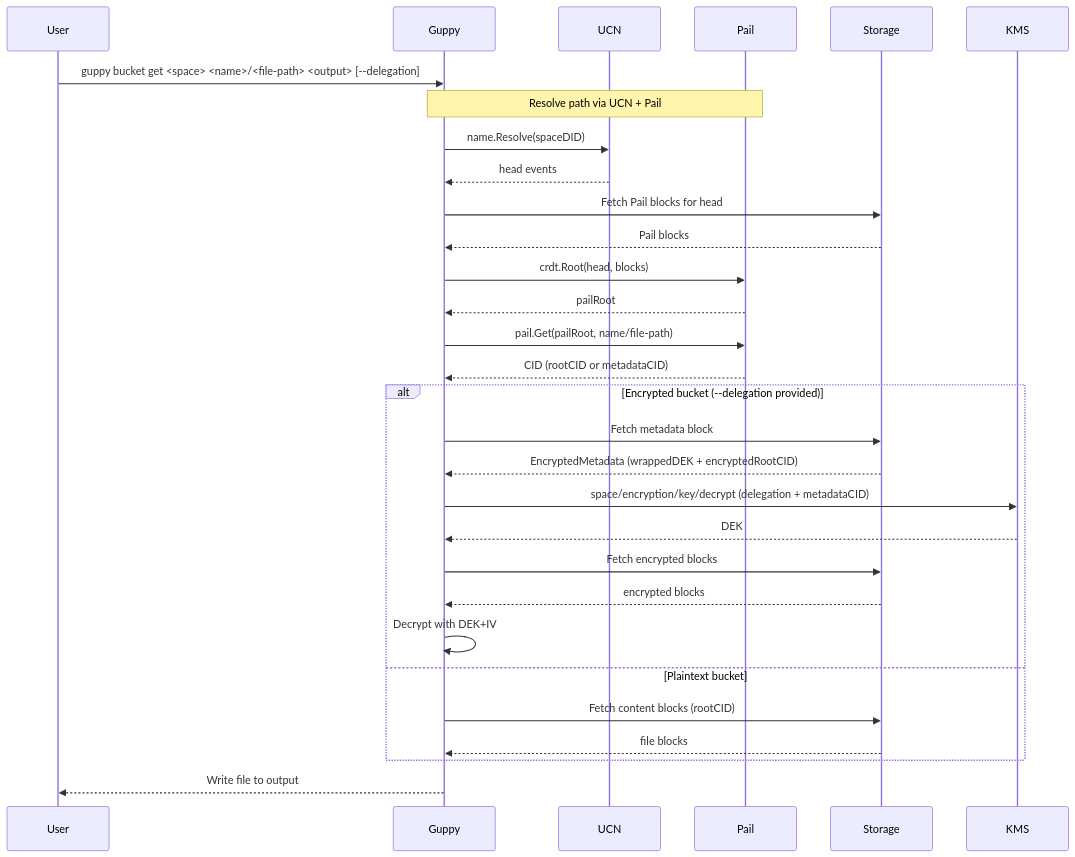
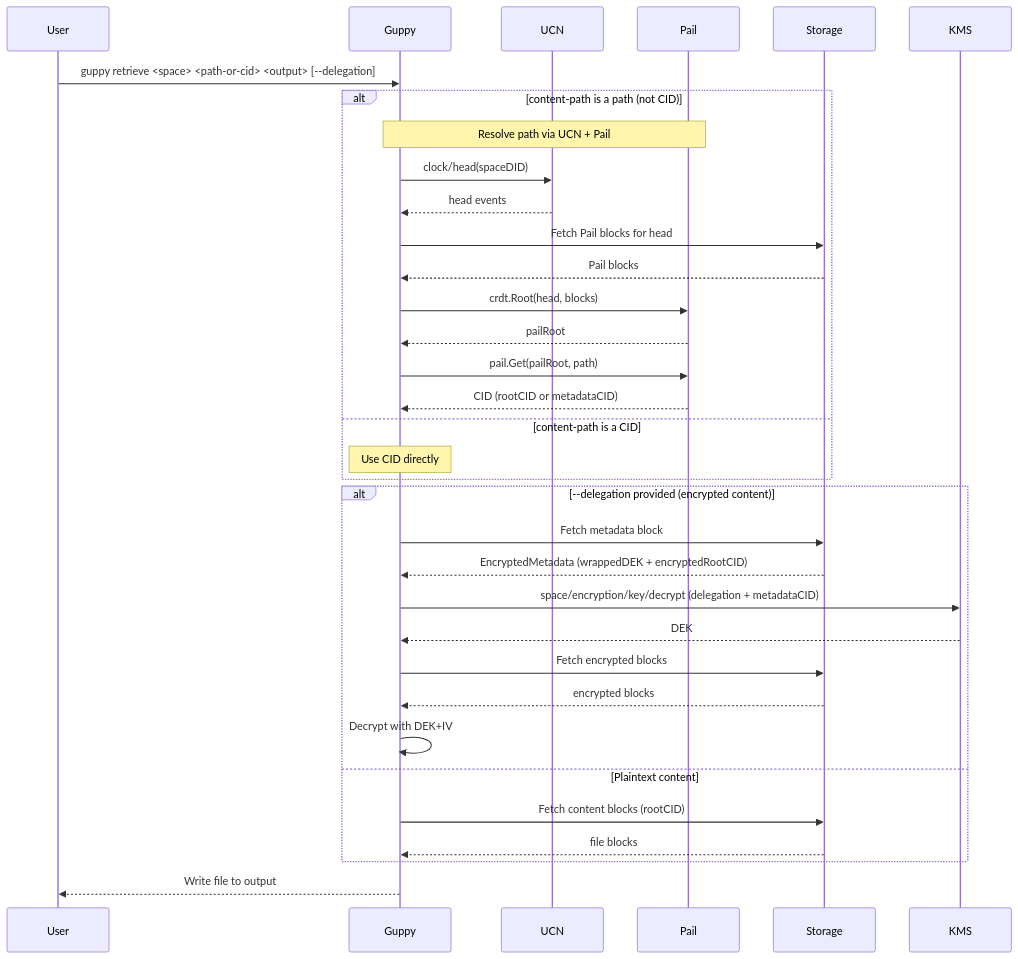
Before and after one commit to storacha/RFC: the third of 3 diagrams in rfc/forge-mutability.md, drawn with Mermaid. The commit also changed other lines of this file and 1 other file, not shown here.

Commit message:
remove bucket cmd

````diff
--- a/rfc/forge-mutability.md
+++ b/rfc/forge-mutability.md
@@ -305,36 +284,40 @@
 ```mermaid
 sequenceDiagram
     participant User
     participant Guppy
     participant UCN
     participant Pail
     participant Storage
     participant KMS
     
-    User->>Guppy: guppy bucket get <space> <name>/<file-path> <output> [--delegation]
+    User->>Guppy: guppy retrieve <space> <path-or-cid> <output> [--delegation]
     
-    Note over Guppy,Pail: Resolve path via UCN + Pail
-    Guppy->>UCN: name.Resolve(spaceDID)
-    UCN-->>Guppy: head events
-    Guppy->>Storage: Fetch Pail blocks for head
-    Storage-->>Guppy: Pail blocks
-    Guppy->>Pail: crdt.Root(head, blocks)
-    Pail-->>Guppy: pailRoot
-    Guppy->>Pail: pail.Get(pailRoot, name/file-path)
-    Pail-->>Guppy: CID (rootCID or metadataCID)
+    alt content-path is a path (not CID)
+        Note over Guppy,Pail: Resolve path via UCN + Pail
+        Guppy->>UCN: clock/head(spaceDID)
+        UCN-->>Guppy: head events
+        Guppy->>Storage: Fetch Pail blocks for head
+        Storage-->>Guppy: Pail blocks
+        Guppy->>Pail: crdt.Root(head, blocks)
+        Pail-->>Guppy: pailRoot
+        Guppy->>Pail: pail.Get(pailRoot, path)
+        Pail-->>Guppy: CID (rootCID or metadataCID)
+    else content-path is a CID
+        Note over Guppy: Use CID directly
+    end
     
-    alt Encrypted bucket (--delegation provided)
+    alt --delegation provided (encrypted content)
         Guppy->>Storage: Fetch metadata block
         Storage-->>Guppy: EncryptedMetadata (wrappedDEK + encryptedRootCID)
         Guppy->>KMS: space/encryption/key/decrypt (delegation + metadataCID)
         KMS-->>Guppy: DEK
         Guppy->>Storage: Fetch encrypted blocks
         Storage-->>Guppy: encrypted blocks
         Guppy->>Guppy: Decrypt with DEK+IV
-    else Plaintext bucket
+    else Plaintext content
         Guppy->>Storage: Fetch content blocks (rootCID)
         Storage-->>Guppy: file blocks
     end
     
     Guppy-->>User: Write file to output
 ```
````
